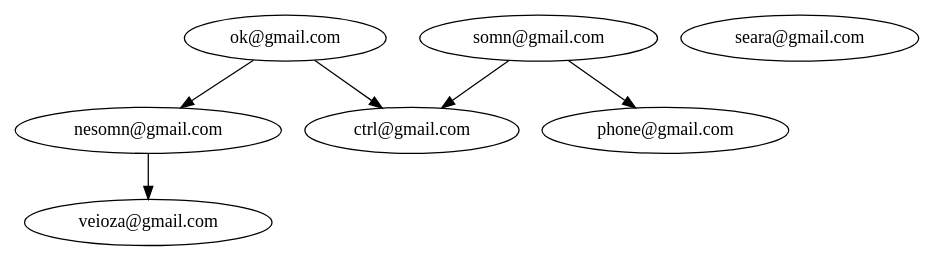
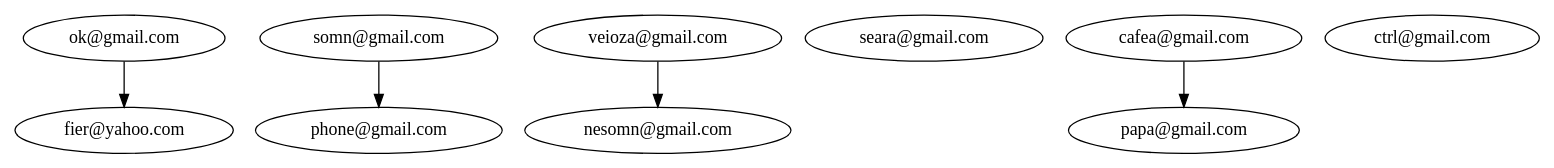
Before and after one commit to PopaBiancaStefana/QuizzApp: the diagram in proiectJAVA/quiz/target/classes/network.dot, drawn with Graphviz. The commit also changed 14 other files, not shown here.

```diff
--- a/proiectJAVA/quiz/target/classes/network.dot
+++ b/proiectJAVA/quiz/target/classes/network.dot
@@ -1,14 +1,16 @@
 strict digraph G {
-  1 [ label="ok@gmail.com" ];
-  2 [ label="somn@gmail.com" ];
-  3 [ label="nesomn@gmail.com" ];
-  4 [ label="seara@gmail.com" ];
-  5 [ label="veioza@gmail.com" ];
-  6 [ label="phone@gmail.com" ];
-  7 [ label="ctrl@gmail.com" ];
-  1 -> 3;
-  1 -> 7;
-  2 -> 6;
-  2 -> 7;
-  3 -> 5;
+  1 [ label="fier@yahoo.com" ];
+  2 [ label="ok@gmail.com" ];
+  3 [ label="somn@gmail.com" ];
+  4 [ label="nesomn@gmail.com" ];
+  5 [ label="seara@gmail.com" ];
+  6 [ label="veioza@gmail.com" ];
+  7 [ label="phone@gmail.com" ];
+  8 [ label="papa@gmail.com" ];
+  9 [ label="ctrl@gmail.com" ];
+  10 [ label="cafea@gmail.com" ];
+  10 -> 8;
+  6 -> 4;
+  2 -> 1;
+  3 -> 7;
 }
```
